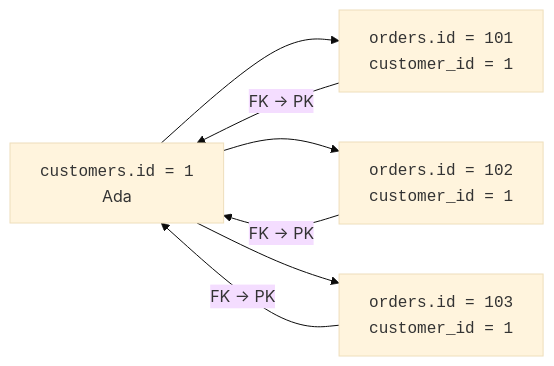
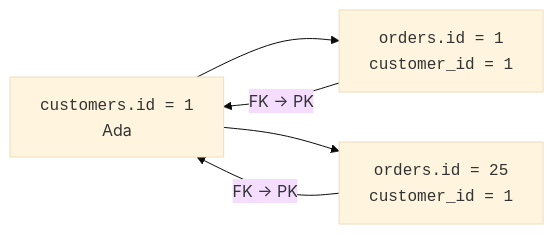
The third of 4 diagrams in content/courses/database-design-postgresql/one-to-many.mdx (dataslope/dataslope), drawn with Mermaid (base theme) before and after one commit. The commit also changed other lines of this file and 1380 other files, not shown here.

````diff
--- a/content/courses/database-design-postgresql/one-to-many.mdx
+++ b/content/courses/database-design-postgresql/one-to-many.mdx
@@ -78,9 +78,7 @@
 ```mermaid
 flowchart LR
-    C["<code>customers.id = 1</code><br/>Ada"] --> O1["<code>orders.id = 101<br/>customer_id = 1</code>"]
-    C --> O2["<code>orders.id = 102<br/>customer_id = 1</code>"]
-    C --> O3["<code>orders.id = 103<br/>customer_id = 1</code>"]
+    C["<code>customers.id = 1</code><br/>Ada"] --> O1["<code>orders.id = 1<br/>customer_id = 1</code>"]
+    C --> O2["<code>orders.id = 25<br/>customer_id = 1</code>"]
     O1 -->|"FK → PK"| C
     O2 -->|"FK → PK"| C
-    O3 -->|"FK → PK"| C
 ```
````
